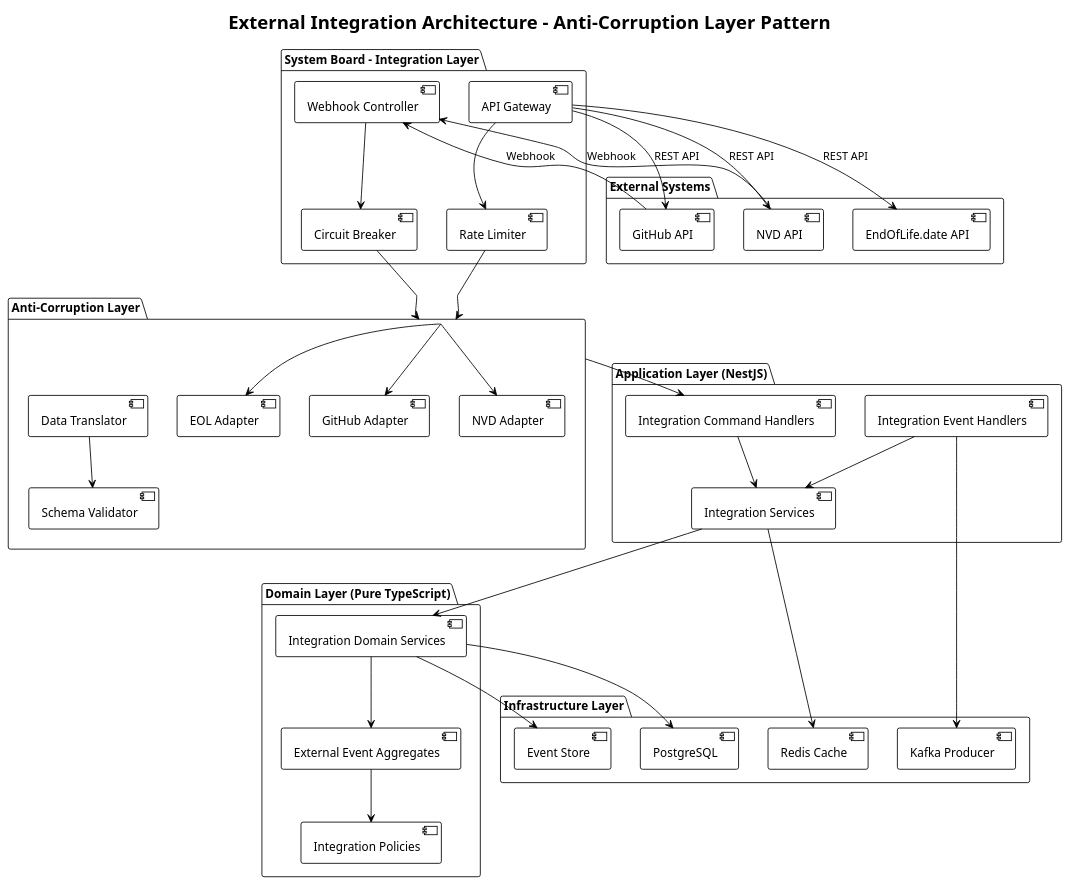
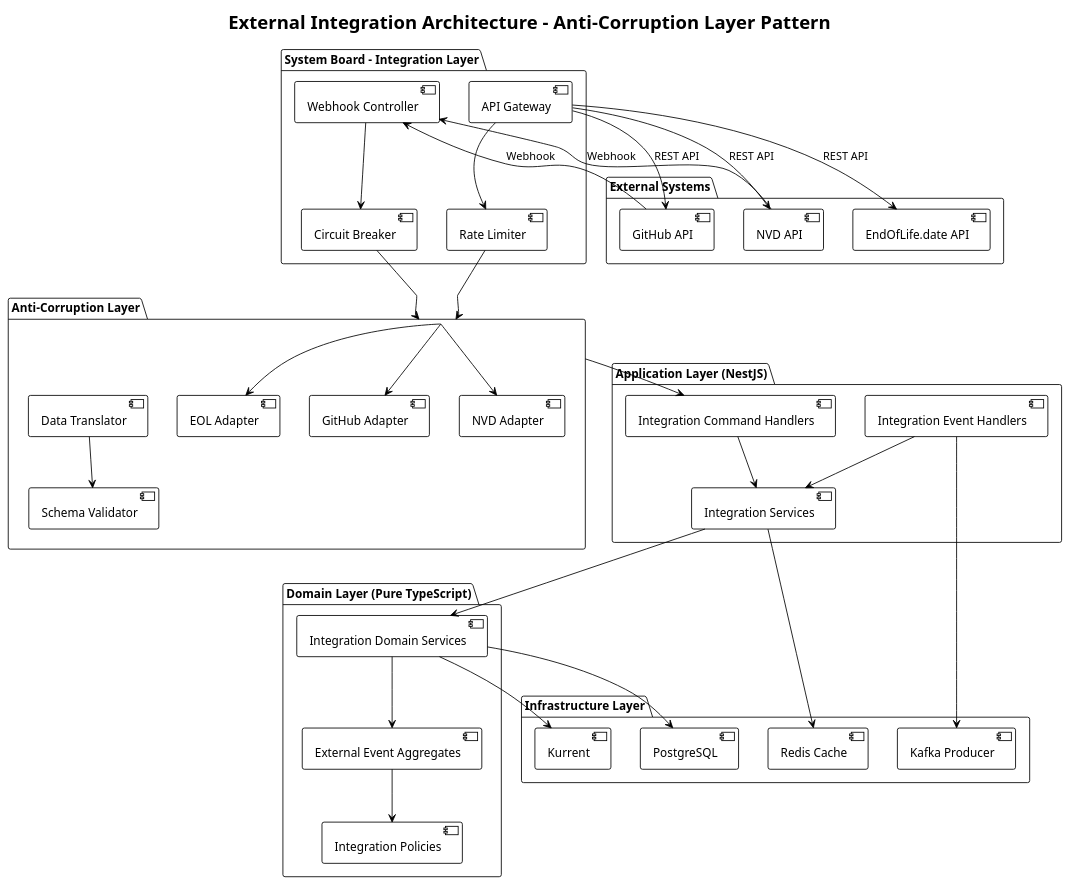
One commit to masakazu1967/system-board changed the first of 3 diagrams in docs/development/external-integration-architecture.md. Above: the diagram before and after it, drawn with PlantUML. The commit also changed 20 other files, not shown here.

First line of the commit message:
refactor(architecture): EventStore DB → Kurrent DB 名称変更 (#181)

````diff
--- a/docs/development/external-integration-architecture.md
+++ b/docs/development/external-integration-architecture.md
@@ -9,82 +9,82 @@
 ```plantuml
 @startuml ExternalIntegrationArchitecture
 !theme plain
 title "External Integration Architecture - Anti-Corruption Layer Pattern"
 
 package "External Systems" as ExtSys {
   [GitHub API] as GitHub
   [NVD API] as NVD
   [EndOfLife.date API] as EOL
 }
 
 package "System Board - Integration Layer" as IntLayer {
   [Webhook Controller] as WebhookCtrl
   [API Gateway] as APIGateway
   [Circuit Breaker] as CircuitBreaker
   [Rate Limiter] as RateLimit
 }
 
 package "Anti-Corruption Layer" as ACL {
   [GitHub Adapter] as GitHubAdapter
   [NVD Adapter] as NVDAdapter
   [EOL Adapter] as EOLAdapter
   [Data Translator] as DataTranslator
   [Schema Validator] as SchemaValidator
 }
 
 package "Application Layer (NestJS)" as AppLayer {
   [Integration Command Handlers] as CmdHandlers
   [Integration Event Handlers] as EventHandlers
   [Integration Services] as IntServices
 }
 
 package "Domain Layer (Pure TypeScript)" as DomainLayer {
   [Integration Domain Services] as DomainServices
   [External Event Aggregates] as EventAggregates
   [Integration Policies] as Policies
 }
 
 package "Infrastructure Layer" as InfraLayer {
-  [Event Store] as EventStore
+  [Kurrent] as Kurrent
   [PostgreSQL] as PostgreSQL
   [Redis Cache] as Redis
   [Kafka Producer] as KafkaProducer
 }
 
 ' External connections
 GitHub --> WebhookCtrl : Webhook
 NVD --> WebhookCtrl : Webhook
 APIGateway --> GitHub : REST API
 APIGateway --> NVD : REST API
 APIGateway --> EOL : REST API
 
 ' Integration Layer
 WebhookCtrl --> CircuitBreaker
 APIGateway --> RateLimit
 CircuitBreaker --> ACL
 RateLimit --> ACL
 
 ' Anti-Corruption Layer
 ACL --> GitHubAdapter
 ACL --> NVDAdapter
 ACL --> EOLAdapter
 DataTranslator --> SchemaValidator
 
 ' Application Layer
 ACL --> CmdHandlers
 CmdHandlers --> IntServices
 EventHandlers --> IntServices
 
 ' Domain Layer
 IntServices --> DomainServices
 DomainServices --> EventAggregates
 EventAggregates --> Policies
 
 ' Infrastructure
-DomainServices --> EventStore
+DomainServices --> Kurrent
 DomainServices --> PostgreSQL
 IntServices --> Redis
 EventHandlers --> KafkaProducer
 
 @enduml
 ```
````
